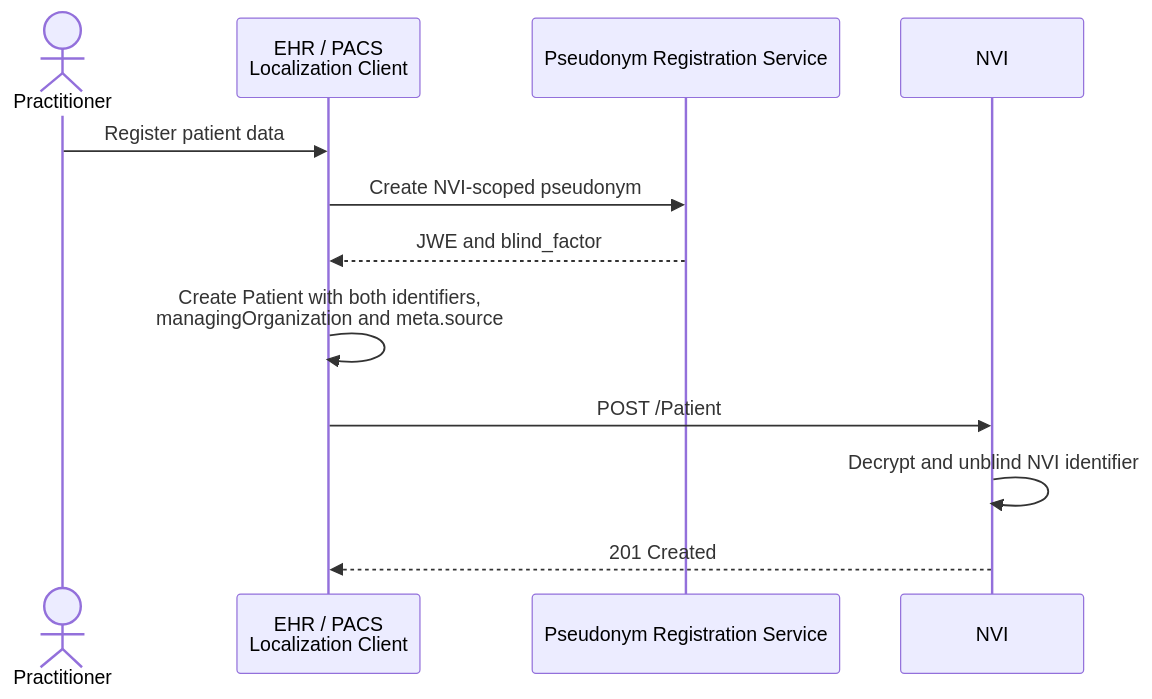
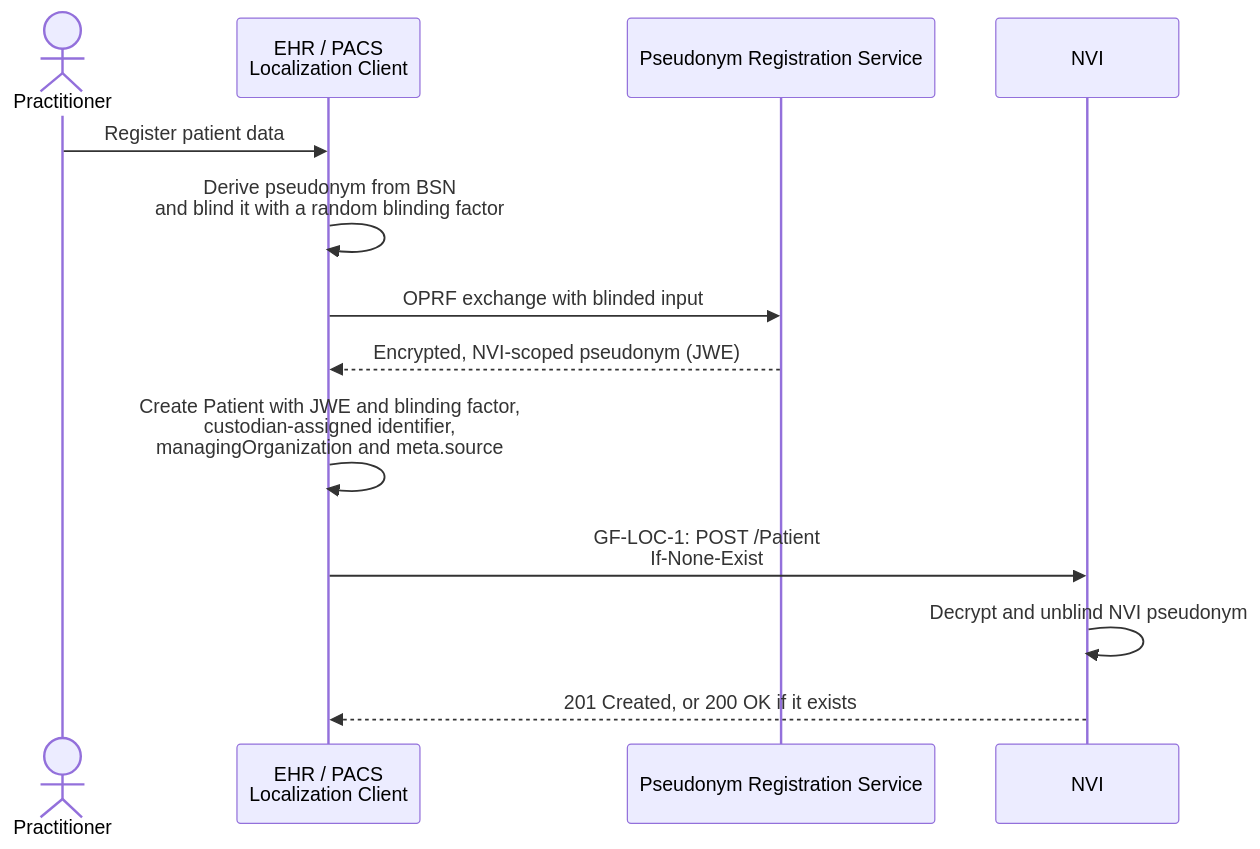
The second of 3 diagrams in input/pagecontent/localization.md (minvws/generiekefuncties-docs), drawn with Mermaid before and after one commit. The commit also changed other lines of this file and 1 other file, not shown here.

````diff
--- a/input/pagecontent/localization.md
+++ b/input/pagecontent/localization.md
@@ -296,15 +407,16 @@
 ```mermaid
 sequenceDiagram
     actor doctor as Practitioner
     participant ehr as EHR / PACS<br/>Localization Client
     participant prs as Pseudonym Registration Service
     participant NVI as NVI
 
     doctor->>ehr: Register patient data
-    ehr->>prs: Create NVI-scoped pseudonym
-    prs-->>ehr: JWE and blind_factor
-    ehr->>ehr: Create Patient with both identifiers,<br/>managingOrganization and meta.source
-    ehr->>NVI: POST /Patient
-    NVI->>NVI: Decrypt and unblind NVI identifier
-    NVI-->>ehr: 201 Created
+    ehr->>ehr: Derive pseudonym from BSN<br/>and blind it with a random blinding factor
+    ehr->>prs: OPRF exchange with blinded input
+    prs-->>ehr: Encrypted, NVI-scoped pseudonym (JWE)
+    ehr->>ehr: Create Patient with JWE and blinding factor,<br/>custodian-assigned identifier,<br/>managingOrganization and meta.source
+    ehr->>NVI: GF-LOC-1: POST /Patient<br/>If-None-Exist
+    NVI->>NVI: Decrypt and unblind NVI pseudonym
+    NVI-->>ehr: 201 Created, or 200 OK if it exists
 ```
````
